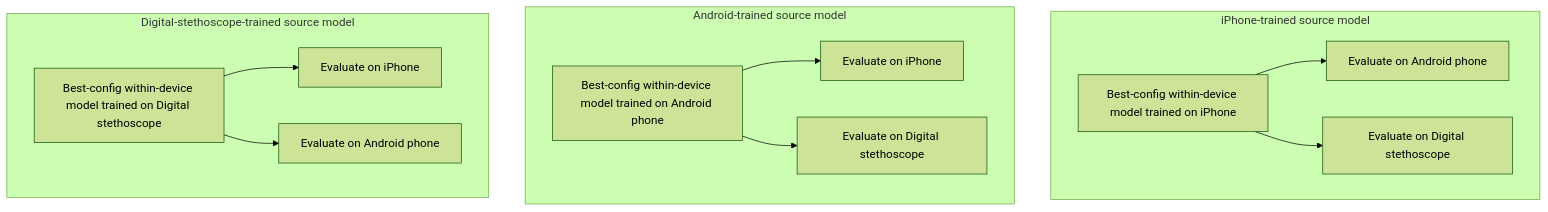
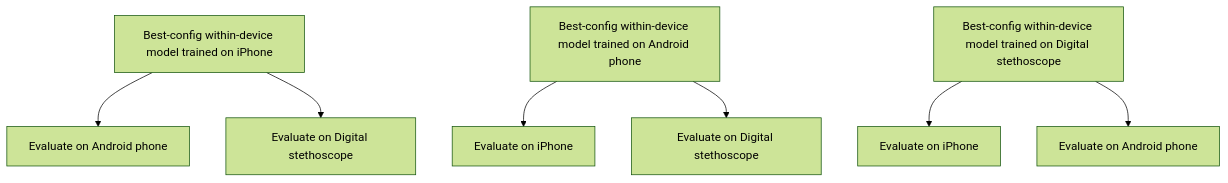
One commit to anywheredoor/phonocardiogram-lvef-deeplearning changed the second of 3 diagrams in README.md. Above: the diagram before and after it, drawn with Mermaid (forest theme). The commit also changed other lines of this file, not shown here.

Commit message:
Simplify README workflow diagrams

````diff
--- a/README.md
+++ b/README.md
@@ -153,27 +114,9 @@
 ```mermaid
 flowchart TB
-    subgraph R1["iPhone-trained source model"]
-        direction LR
-        A["Best-config within-device model trained on iPhone"]
-        A1["Evaluate on Android phone"]
-        A2["Evaluate on Digital stethoscope"]
-        A --> A1
-        A --> A2
-    end
-    subgraph R2["Android-trained source model"]
-        direction LR
-        B["Best-config within-device model trained on Android phone"]
-        B1["Evaluate on iPhone"]
-        B2["Evaluate on Digital stethoscope"]
-        B --> B1
-        B --> B2
-    end
-    subgraph R3["Digital-stethoscope-trained source model"]
-        direction LR
-        C["Best-config within-device model trained on Digital stethoscope"]
-        C1["Evaluate on iPhone"]
-        C2["Evaluate on Android phone"]
-        C --> C1
-        C --> C2
-    end
+    A["Best-config within-device model trained on iPhone"] --> A1["Evaluate on Android phone"]
+    A --> A2["Evaluate on Digital stethoscope"]
+    B["Best-config within-device model trained on Android phone"] --> B1["Evaluate on iPhone"]
+    B --> B2["Evaluate on Digital stethoscope"]
+    C["Best-config within-device model trained on Digital stethoscope"] --> C1["Evaluate on iPhone"]
+    C --> C2["Evaluate on Android phone"]
 ```
````
